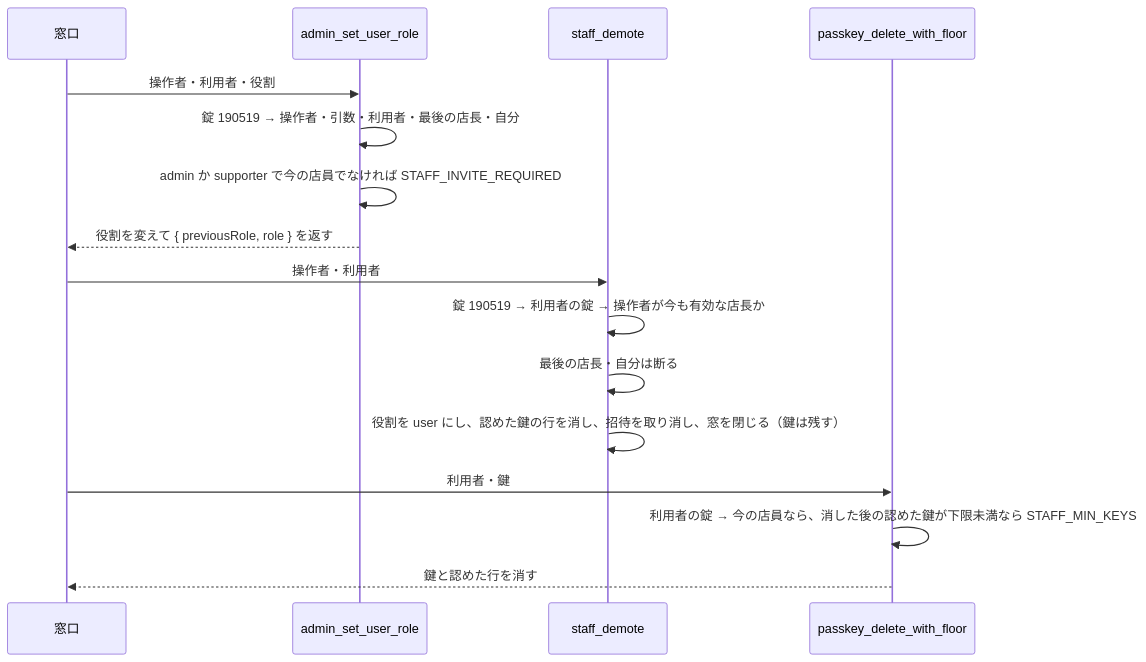
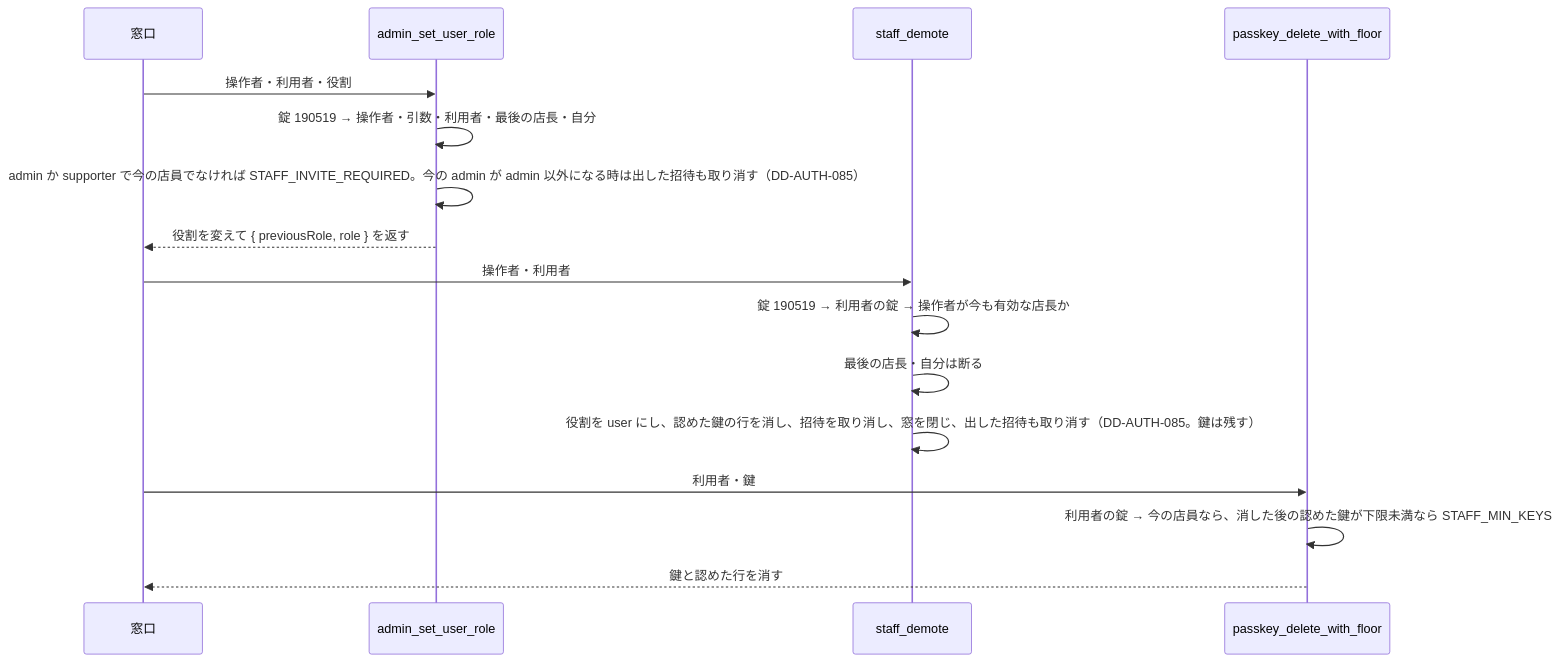
Before and after one commit to ChocoWork/o_official: the fourth of 11 diagrams in docs/04_DetailDesign/sequence/auth-staff-invite.md, drawn with Mermaid. The commit also changed other lines of this file and 24 other files, not shown here.

````diff
--- a/docs/04_DetailDesign/sequence/auth-staff-invite.md
+++ b/docs/04_DetailDesign/sequence/auth-staff-invite.md
@@ -105,18 +105,18 @@
 ```mermaid
 sequenceDiagram
     participant W as 窓口
     participant R as admin_set_user_role
     participant M as staff_demote
     participant F as passkey_delete_with_floor
     W->>R: 操作者・利用者・役割
     R->>R: 錠 190519 → 操作者・引数・利用者・最後の店長・自分
-    R->>R: admin か supporter で今の店員でなければ STAFF_INVITE_REQUIRED
+    R->>R: admin か supporter で今の店員でなければ STAFF_INVITE_REQUIRED。今の admin が admin 以外になる時は出した招待も取り消す（DD-AUTH-085）
     R-->>W: 役割を変えて { previousRole, role } を返す
     W->>M: 操作者・利用者
     M->>M: 錠 190519 → 利用者の錠 → 操作者が今も有効な店長か
     M->>M: 最後の店長・自分は断る
-    M->>M: 役割を user にし、認めた鍵の行を消し、招待を取り消し、窓を閉じる（鍵は残す）
+    M->>M: 役割を user にし、認めた鍵の行を消し、招待を取り消し、窓を閉じ、出した招待も取り消す（DD-AUTH-085。鍵は残す）
     W->>F: 利用者・鍵
     F->>F: 利用者の錠 → 今の店員なら、消した後の認めた鍵が下限未満なら STAFF_MIN_KEYS
     F-->>W: 鍵と認めた行を消す
 ```
````
